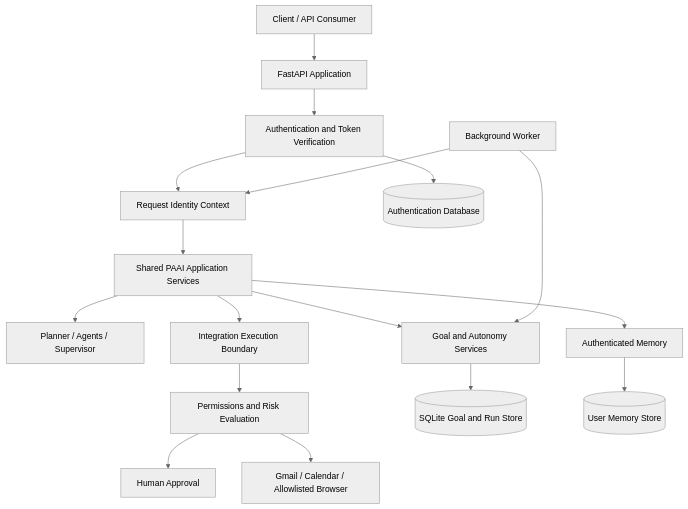
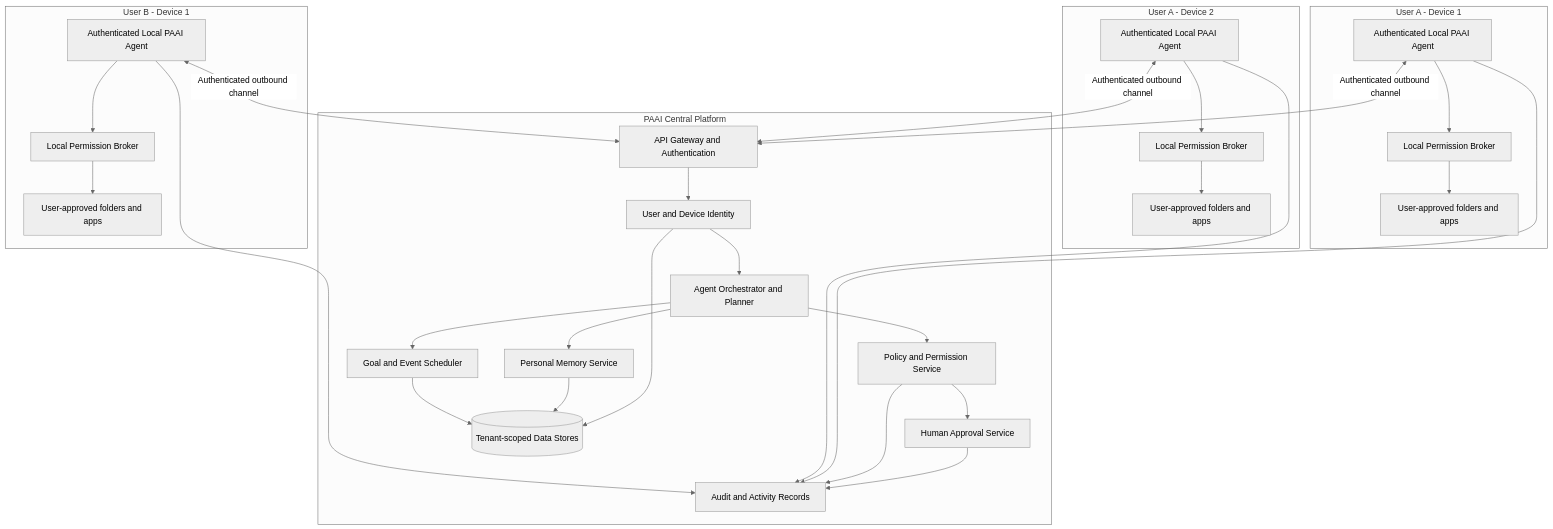
The diagram in ARCHITECTURE.md (9m2usman/PAAI), drawn with Mermaid (neutral theme) before and after one commit. The commit also changed other lines of this file, not shown here.

Commit message:
docs: define multi-device personal agent target architecture

````diff
--- a/ARCHITECTURE.md
+++ b/ARCHITECTURE.md
@@ -9,19 +26,53 @@
 ```mermaid
-flowchart TD
-    Client[Client / API Consumer] --> API[FastAPI Application]
-    API --> Auth[Authentication and Token Verification]
-    Auth --> Identity[Request Identity Context]
-    Identity --> Services[Shared PAAI Application Services]
-    Services --> Agents[Planner / Agents / Supervisor]
-    Services --> Memory[Authenticated Memory]
-    Services --> Goals[Goal and Autonomy Services]
-    Services --> Integrations[Integration Execution Boundary]
-    Integrations --> Risk[Permissions and Risk Evaluation]
-    Risk --> Approval[Human Approval]
-    Risk --> Providers[Gmail / Calendar / Allowlisted Browser]
-    Goals --> DB[(SQLite Goal and Run Store)]
-    Memory --> MDB[(User Memory Store)]
-    Auth --> ADB[(Authentication Database)]
-    Worker[Background Worker] --> Goals
-    Worker --> Identity
+flowchart TB
+    subgraph Central["PAAI Central Platform"]
+      API[API Gateway and Authentication]
+      Identity[User and Device Identity]
+      Orchestrator[Agent Orchestrator and Planner]
+      Memory[Personal Memory Service]
+      Goals[Goal and Event Scheduler]
+      Policy[Policy and Permission Service]
+      Approval[Human Approval Service]
+      Audit[Audit and Activity Records]
+      Data[(Tenant-scoped Data Stores)]
+      API --> Identity
+      Identity --> Orchestrator
+      Orchestrator --> Memory
+      Orchestrator --> Goals
+      Orchestrator --> Policy
+      Policy --> Approval
+      Identity --> Data
+      Memory --> Data
+      Goals --> Data
+      Approval --> Audit
+      Policy --> Audit
+    end
+
+    subgraph DeviceA["User A - Device 1"]
+      AgentA[Authenticated Local PAAI Agent]
+      BrokerA[Local Permission Broker]
+      SourcesA[User-approved folders and apps]
+      AgentA --> BrokerA --> SourcesA
+    end
+
+    subgraph DeviceB["User A - Device 2"]
+      AgentB[Authenticated Local PAAI Agent]
+      BrokerB[Local Permission Broker]
+      SourcesB[User-approved folders and apps]
+      AgentB --> BrokerB --> SourcesB
+    end
+
+    subgraph DeviceC["User B - Device 1"]
+      AgentC[Authenticated Local PAAI Agent]
+      BrokerC[Local Permission Broker]
+      SourcesC[User-approved folders and apps]
+      AgentC --> BrokerC --> SourcesC
+    end
+
+    AgentA <-->|Authenticated outbound channel| API
+    AgentB <-->|Authenticated outbound channel| API
+    AgentC <-->|Authenticated outbound channel| API
+    AgentA --> Audit
+    AgentB --> Audit
+    AgentC --> Audit
 ```
````
